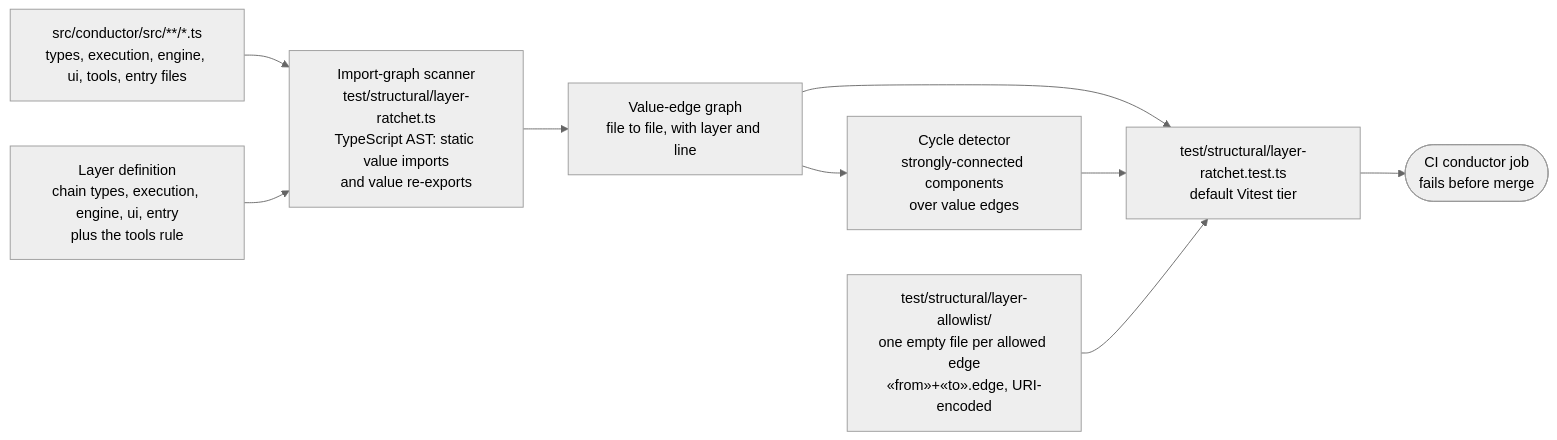
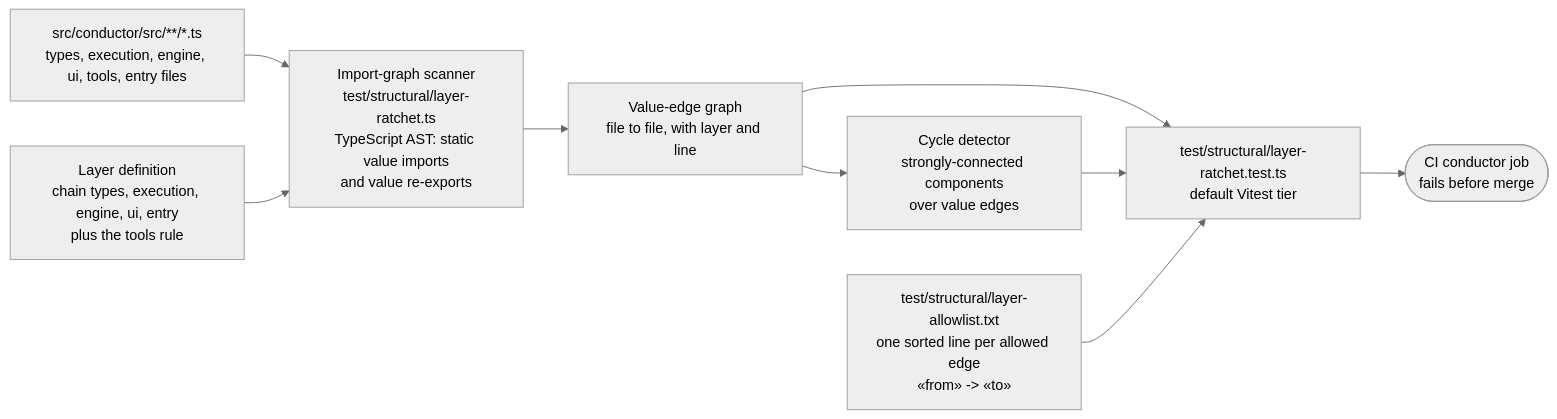
The first of 2 diagrams in .docs/architecture/module-layering-is-prose-only-violations-merge-wit.md (jstoup111/ai-conductor), drawn with Mermaid (neutral theme) before and after one commit. The commit also changed other lines of this file and 287 other files, not shown here.

First line of the commit message:
refactor(structural): one sorted layer-allowlist file instead of 277 encoded filenames

````diff
--- a/.docs/architecture/module-layering-is-prose-only-violations-merge-wit.md
+++ b/.docs/architecture/module-layering-is-prose-only-violations-merge-wit.md
@@ -13,20 +13,20 @@
 ```mermaid
 graph LR
   src["src/conductor/src/**/*.ts<br/>types, execution, engine, ui, tools, entry files"]
   layers["Layer definition<br/>chain types, execution, engine, ui, entry<br/>plus the tools rule"]
   scanner["Import-graph scanner<br/>test/structural/layer-ratchet.ts<br/>TypeScript AST: static value imports<br/>and value re-exports"]
   graph_["Value-edge graph<br/>file to file, with layer and line"]
   scc["Cycle detector<br/>strongly-connected components<br/>over value edges"]
-  allow["test/structural/layer-allowlist/<br/>one empty file per allowed edge<br/>«from»+«to».edge, URI-encoded"]
+  allow["test/structural/layer-allowlist.txt<br/>one sorted line per allowed edge<br/>«from» -> «to»"]
   ratchet["test/structural/layer-ratchet.test.ts<br/>default Vitest tier"]
   ci(["CI conductor job<br/>fails before merge"])
 
   src --> scanner
   layers --> scanner
   scanner --> graph_
   graph_ --> scc
   graph_ --> ratchet
   scc --> ratchet
   allow --> ratchet
   ratchet --> ci
 ```
````
